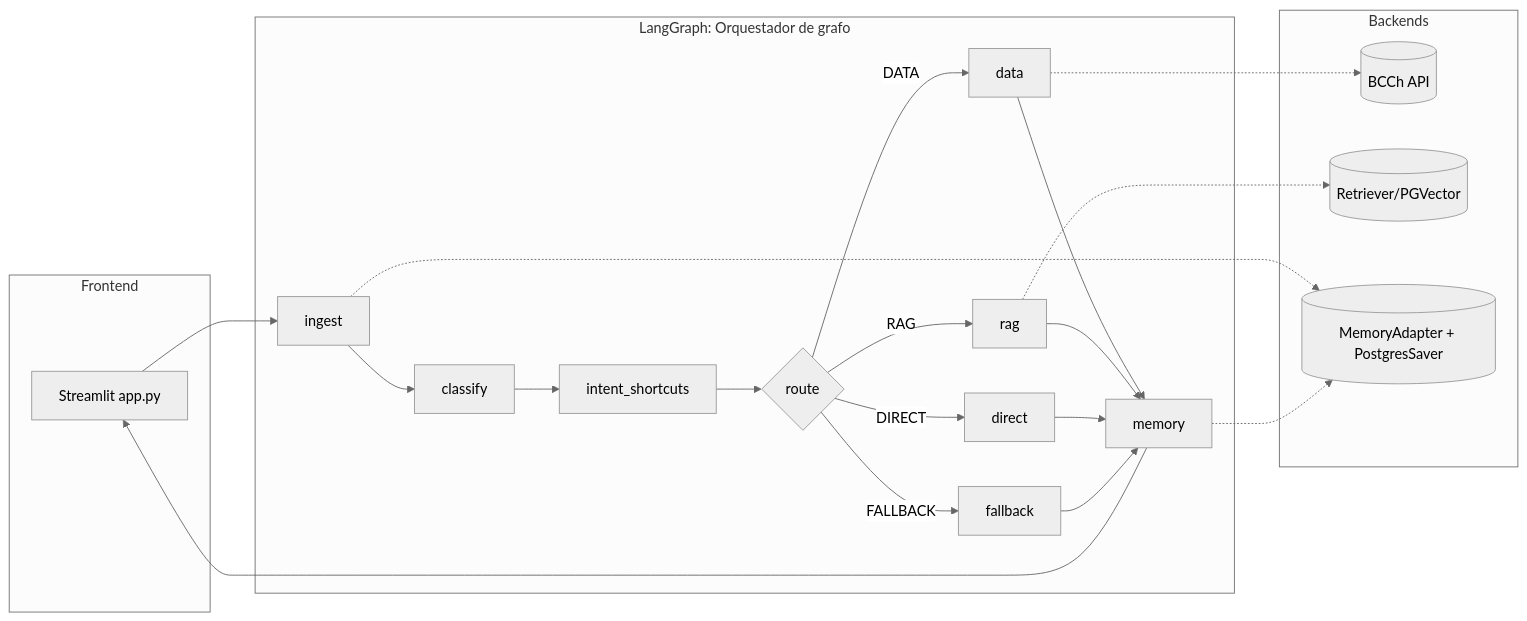
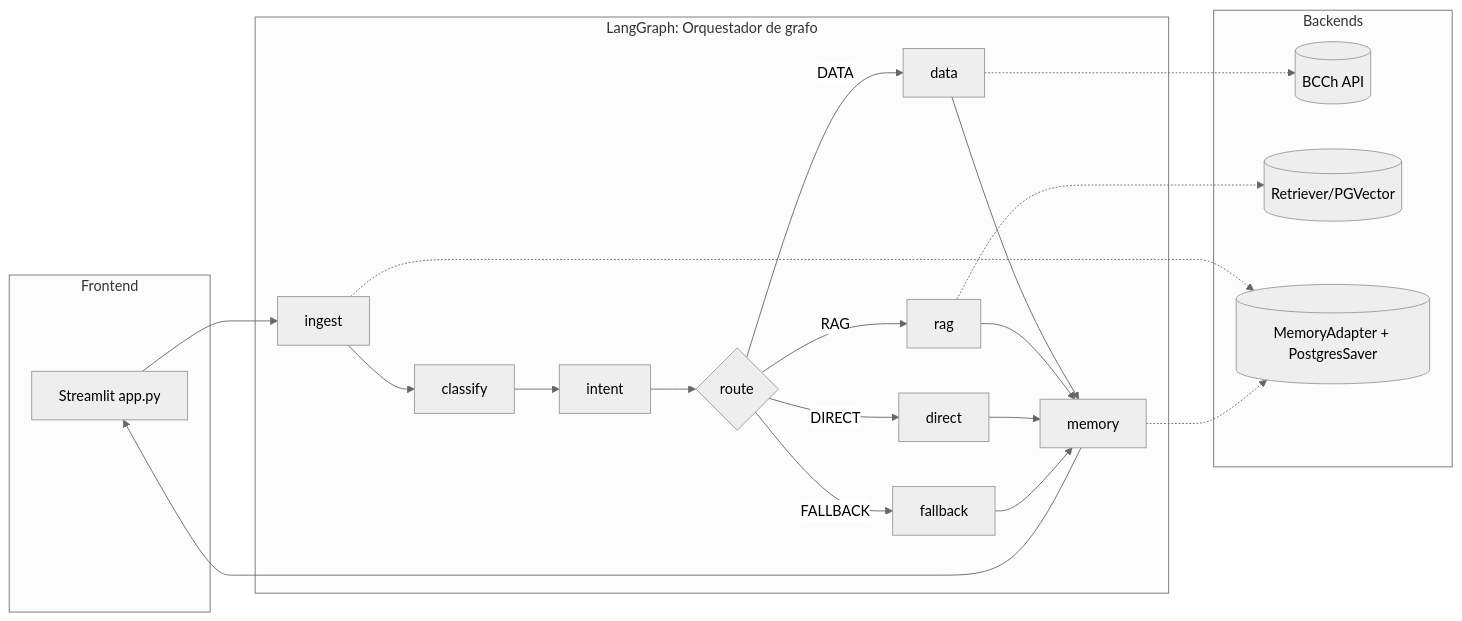
The diagram in README.md (smenaaliaga/bc_pibot), drawn with Mermaid (neutral theme) before and after one commit. The commit also changed other lines of this file and 65 other files, not shown here.

````diff
--- a/README.md
+++ b/README.md
@@ -86,33 +90,33 @@
 ```mermaid
 flowchart LR
     subgraph Frontend
         UI[Streamlit app.py]
     end
     subgraph LangGraph: Orquestador de grafo
         IN[ingest]
         CL[classify]
-        IS[intent_shortcuts]
+        IS[intent]
         RT{route}
         DT[data]
         RG[rag]
         FB[fallback]
         DR[direct]
         MM[memory]
     end
     subgraph Backends
         S[(BCCh API)]
         R[(Retriever/PGVector)]
         M[(MemoryAdapter + PostgresSaver)]
     end
 
     UI --> IN --> CL --> IS --> RT
     RT -->|DATA| DT --> MM
     RT -->|RAG| RG --> MM
     RT -->|DIRECT| DR --> MM
     RT -->|FALLBACK| FB --> MM
     MM --> UI
     DT -.-> S
     RG -.-> R
     IN -.-> M
     MM -.-> M
 ```
````
